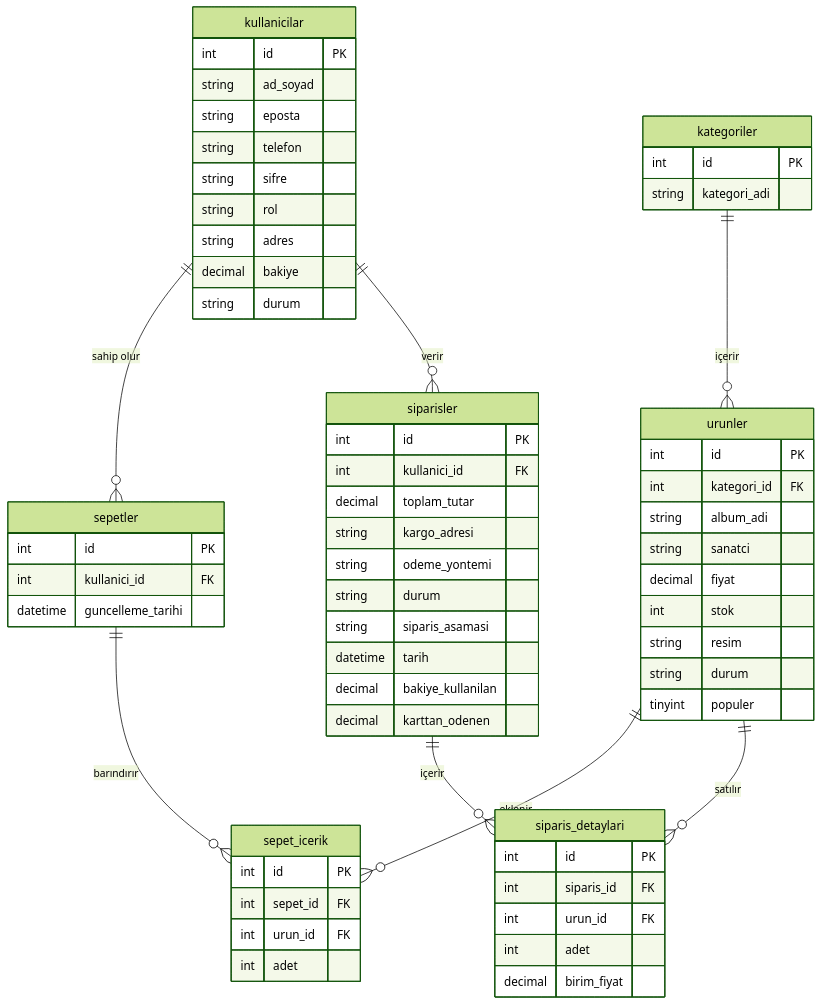
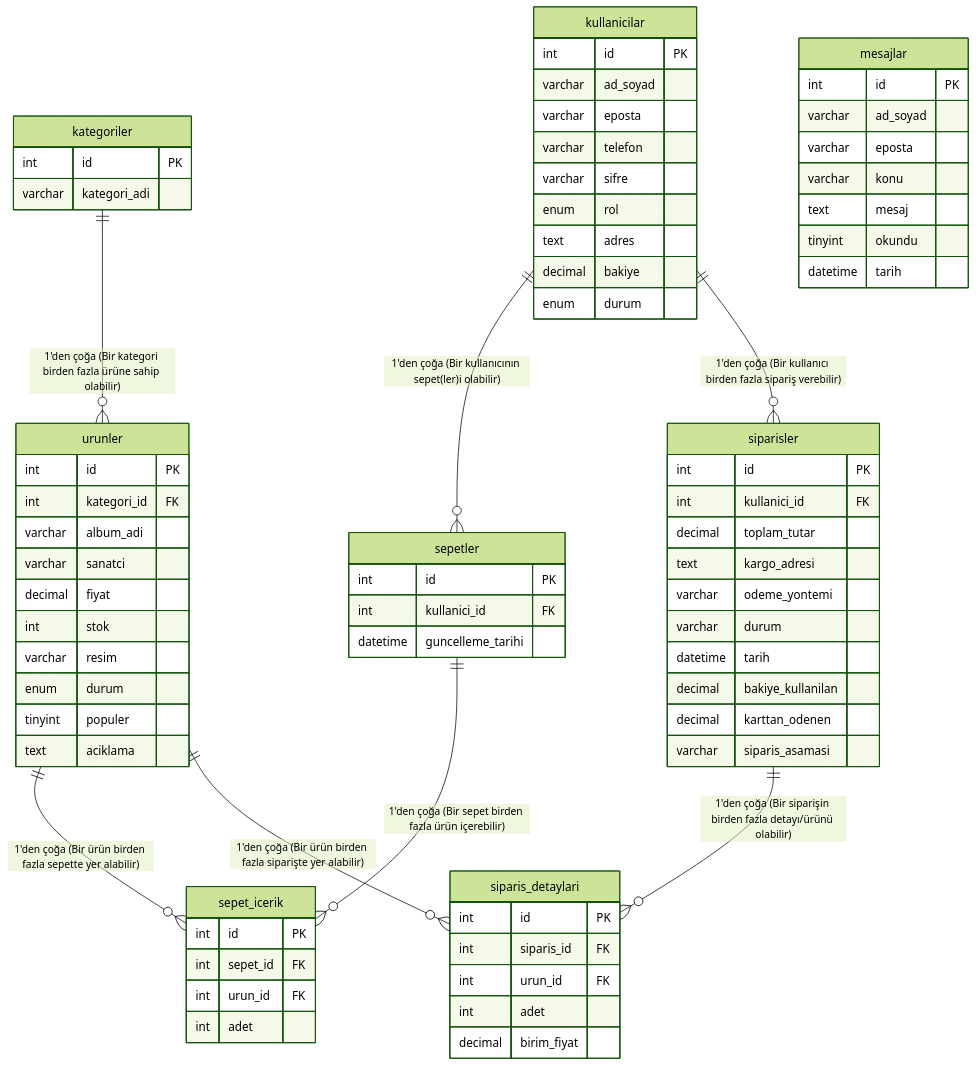
One commit to tayrubys/beatsphere-music-store changed the second of 3 diagrams in README.md. Above: the diagram before and after it, drawn with Mermaid (forest theme). The commit also changed other lines of this file, not shown here.

`````diff
--- a/README.md
+++ b/README.md
@@ -134,54 +112,69 @@
-```mermaid
+ ```mermaid
 erDiagram
+    kategoriler ||--o{ urunler : "1'den çoğa (Bir kategori birden fazla ürüne sahip olabilir)"
+    kullanicilar ||--o{ sepetler : "1'den çoğa (Bir kullanıcının sepet(ler)i olabilir)"
+    kullanicilar ||--o{ siparisler : "1'den çoğa (Bir kullanıcı birden fazla sipariş verebilir)"
+    sepetler ||--o{ sepet_icerik : "1'den çoğa (Bir sepet birden fazla ürün içerebilir)"
+    urunler ||--o{ sepet_icerik : "1'den çoğa (Bir ürün birden fazla sepette yer alabilir)"
+    siparisler ||--o{ siparis_detaylari : "1'den çoğa (Bir siparişin birden fazla detayı/ürünü olabilir)"
+    urunler ||--o{ siparis_detaylari : "1'den çoğa (Bir ürün birden fazla siparişte yer alabilir)"
+
+    kategoriler {
+        int id PK
+        varchar kategori_adi
+    }
+
     kullanicilar {
         int id PK
-        string ad_soyad
-        string eposta
-        string telefon
-        string sifre
-        string rol
-        string adres
+        varchar ad_soyad
+        varchar eposta
+        varchar telefon
+        varchar sifre
+        enum rol
+        text adres
         decimal bakiye
-        string durum
+        enum durum
     }
-    kategoriler {
-        int id PK
-        string kategori_adi
-    }
+
     urunler {
         int id PK
         int kategori_id FK
-        string album_adi
-        string sanatci
+        varchar album_adi
+        varchar sanatci
         decimal fiyat
         int stok
-        string resim
-        string durum
+        varchar resim
+        enum durum
         tinyint populer
+        text aciklama
     }
+
     sepetler {
         int id PK
         int kullanici_id FK
         datetime guncelleme_tarihi
     }
+
     sepet_icerik {
         int id PK
         int sepet_id FK
         int urun_id FK
         int adet
     }
+
     siparisler {
         int id PK
         int kullanici_id FK
         decimal toplam_tutar
-        string kargo_adresi
-        string odeme_yontemi
-        string durum
-        string siparis_asamasi
+        text kargo_adresi
+        varchar odeme_yontemi
+        varchar durum
         datetime tarih
         decimal bakiye_kullanilan
         decimal karttan_odenen
+        varchar siparis_asamasi
     }
+
     siparis_detaylari {
         int id PK
         int siparis_id FK
@@ -189,12 +182,14 @@
         int adet
         decimal birim_fiyat
     }
- 
-    kullanicilar ||--o{ sepetler : "sahip olur"
-    kullanicilar ||--o{ siparisler : "verir"
-    kategoriler ||--o{ urunler : "içerir"
-    sepetler ||--o{ sepet_icerik : "barındırır"
-    urunler ||--o{ sepet_icerik : "eklenir"
-    siparisler ||--o{ siparis_detaylari : "içerir"
-    urunler ||--o{ siparis_detaylari : "satılır"
-```
+
+    mesajlar {
+        int id PK
+        varchar ad_soyad
+        varchar eposta
+        varchar konu
+        text mesaj
+        tinyint okundu
+        datetime tarih
+    }
+````
`````
